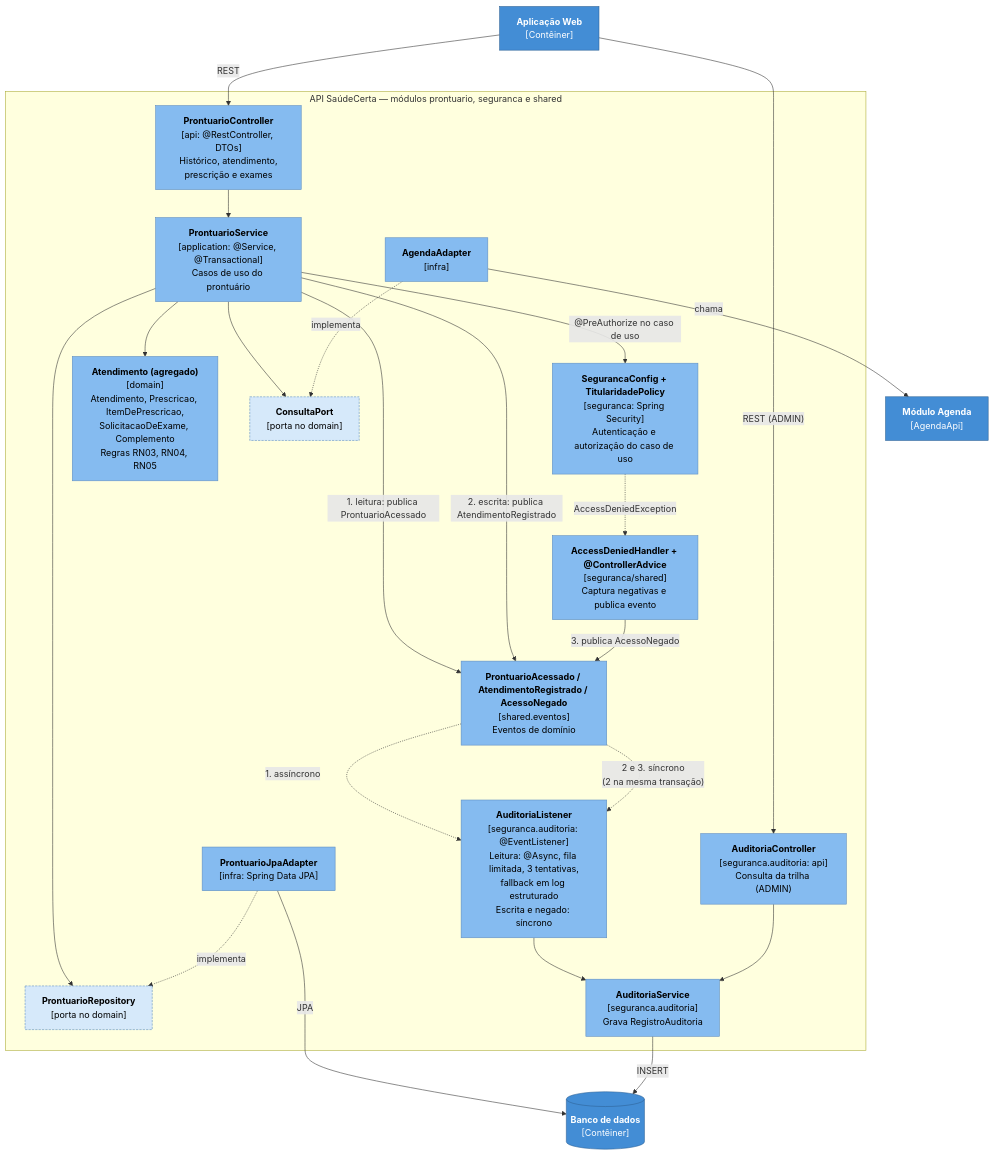
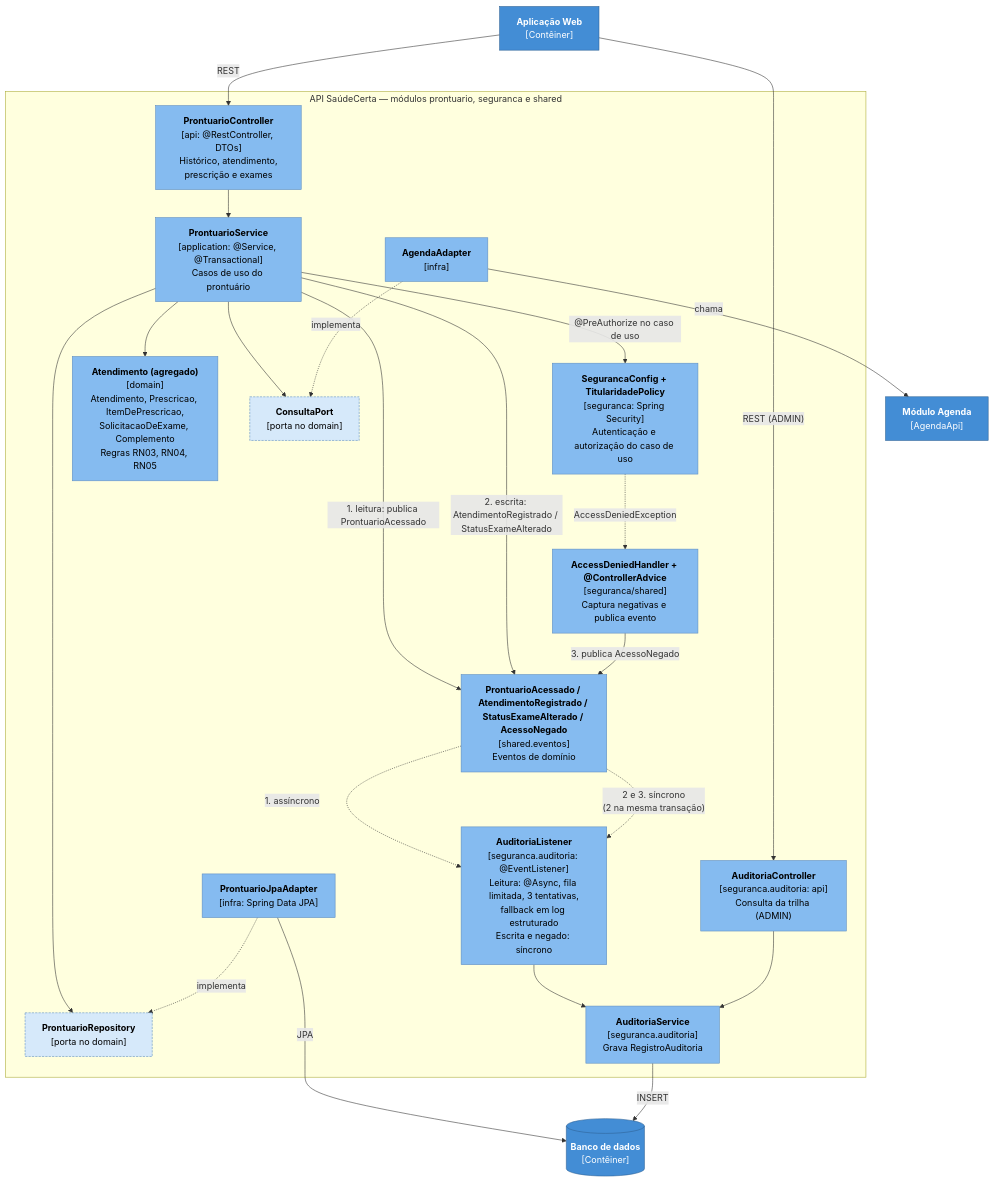
Before and after one commit to Dex057/equipe-02-saudecerta: the fourth of 5 diagrams in docs/arquitetura.md, drawn with Mermaid. The commit also changed other lines of this file and 1 other file, not shown here.

Commit message:
E2: alinha evento StatusExameAlterado ao RF12

````diff
--- a/docs/arquitetura.md
+++ b/docs/arquitetura.md
@@ -164,53 +164,53 @@
 ```mermaid
 flowchart TB
     spa["<b>Aplicação Web</b><br/>[Contêiner]"]
 
     subgraph api["API SaúdeCerta — módulos prontuario, seguranca e shared"]
         pc["<b>ProntuarioController</b><br/>[api: @RestController, DTOs]<br/>Histórico, atendimento,<br/>prescrição e exames"]
         sec["<b>SegurancaConfig + TitularidadePolicy</b><br/>[seguranca: Spring Security]<br/>Autenticação e autorização do caso de uso"]
         dh["<b>AccessDeniedHandler + @ControllerAdvice</b><br/>[seguranca/shared]<br/>Captura negativas e publica evento"]
         ps["<b>ProntuarioService</b><br/>[application: @Service, @Transactional]<br/>Casos de uso do prontuário"]
         dom["<b>Atendimento (agregado)</b><br/>[domain]<br/>Atendimento, Prescricao, ItemDePrescricao,<br/>SolicitacaoDeExame, Complemento<br/>Regras RN03, RN04, RN05"]
         pr["<b>ProntuarioRepository</b><br/>[porta no domain]"]
         cp["<b>ConsultaPort</b><br/>[porta no domain]"]
         pja["<b>ProntuarioJpaAdapter</b><br/>[infra: Spring Data JPA]"]
         aa["<b>AgendaAdapter</b><br/>[infra]"]
-        ev["<b>ProntuarioAcessado / AtendimentoRegistrado / AcessoNegado</b><br/>[shared.eventos]<br/>Eventos de domínio"]
+        ev["<b>ProntuarioAcessado / AtendimentoRegistrado / StatusExameAlterado / AcessoNegado</b><br/>[shared.eventos]<br/>Eventos de domínio"]
         al["<b>AuditoriaListener</b><br/>[seguranca.auditoria: @EventListener]<br/>Leitura: @Async, fila limitada, 3 tentativas,<br/>fallback em log estruturado<br/>Escrita e negado: síncrono"]
         asv["<b>AuditoriaService</b><br/>[seguranca.auditoria]<br/>Grava RegistroAuditoria"]
         ac["<b>AuditoriaController</b><br/>[seguranca.auditoria: api]<br/>Consulta da trilha (ADMIN)"]
     end
 
     agenda["<b>Módulo Agenda</b><br/>[AgendaApi]"]
     db[("<b>Banco de dados</b><br/>[Contêiner]")]
 
     spa -->|"REST"| pc
     spa -->|"REST (ADMIN)"| ac
     pc --> ps
     ps -->|"@PreAuthorize no caso de uso"| sec
     ps --> dom
     ps --> pr
     ps --> cp
     pja -.->|"implementa"| pr
     aa -.->|"implementa"| cp
     pja -->|"JPA"| db
     aa -->|"chama"| agenda
 
     ps -->|"1. leitura: publica ProntuarioAcessado"| ev
-    ps -->|"2. escrita: publica AtendimentoRegistrado"| ev
+    ps -->|"2. escrita: AtendimentoRegistrado / StatusExameAlterado"| ev
     
     ev -.->|"1. assíncrono"| al
     ev -.->|"2 e 3. síncrono<br/>(2 na mesma transação)"| al
     al --> asv
     sec -.->|"AccessDeniedException"| dh
     dh -->|"3. publica AcessoNegado"| ev
     asv -->|"INSERT"| db
     ac --> asv
 
     classDef container fill:#438dd5,stroke:#2e6295,color:#fff
     classDef comp fill:#85bbf0,stroke:#5d8cc0,color:#000
     classDef port fill:#d6e9fa,stroke:#5d8cc0,color:#000,stroke-dasharray:4 2
     class spa,db,agenda container
     class pc,sec,dh,ps,dom,pja,aa,ev,al,asv,ac comp
     class pr,cp port
 ```
````
